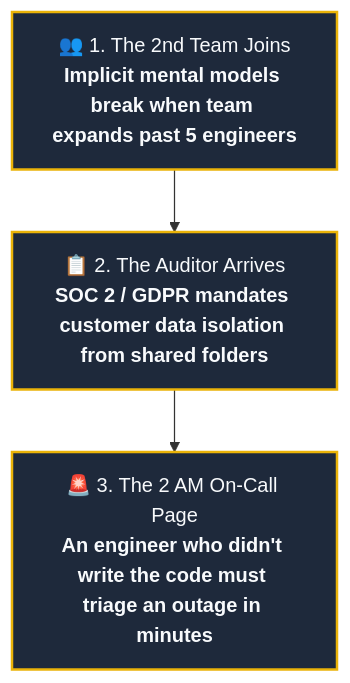
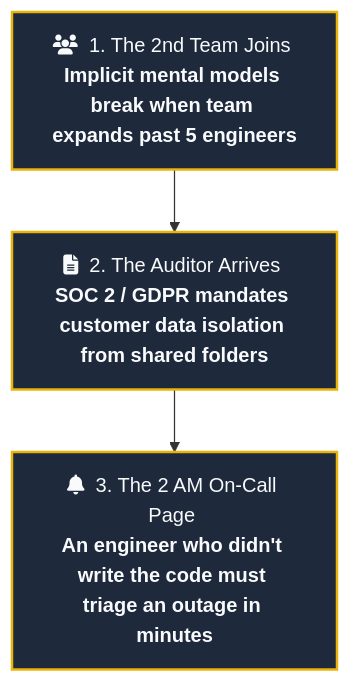
Before and after one commit to Dustu103/system-design: the seventh of 9 diagrams in 01-filestructure/articles/01-your-folder-structure-is-a-message.md, drawn with Mermaid. The commit also changed other lines of this file and 1 other file, not shown here.

Commit message:
style: replace emojis with Font Awesome vector icons and add text padding to prevent clipping

````diff
--- a/01-filestructure/articles/01-your-folder-structure-is-a-message.md
+++ b/01-filestructure/articles/01-your-folder-structure-is-a-message.md
@@ -216,11 +216,11 @@
 ```mermaid
 flowchart TD
-    T1["👥 1. The 2nd Team Joins<br/><b>Implicit mental models break when team expands past 5 engineers</b>"]
-    T2["📋 2. The Auditor Arrives<br/><b>SOC 2 / GDPR mandates customer data isolation from shared folders</b>"]
-    T3["🚨 3. The 2 AM On-Call Page<br/><b>An engineer who didn't write the code must triage an outage in minutes</b>"]
+    T1["fa:fa-users &nbsp;1. The 2nd Team Joins&nbsp;<br/><b>Implicit mental models break when team expands past 5 engineers</b>"]
+    T2["fa:fa-file-text &nbsp;2. The Auditor Arrives&nbsp;<br/><b>SOC 2 / GDPR mandates customer data isolation from shared folders</b>"]
+    T3["fa:fa-bell &nbsp;3. The 2 AM On-Call Page&nbsp;<br/><b>An engineer who didn't write the code must triage an outage in minutes</b>"]
 
     T1 --> T2 --> T3
 
     classDef trig fill:#1e293b,stroke:#eab308,stroke-width:2px,color:#f8fafc;
     class T1,T2,T3 trig;
 ```
````
